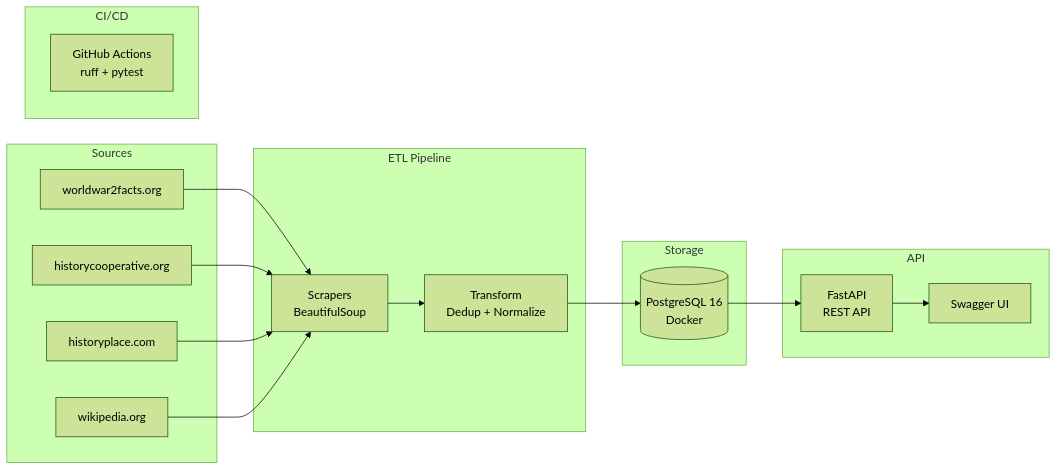
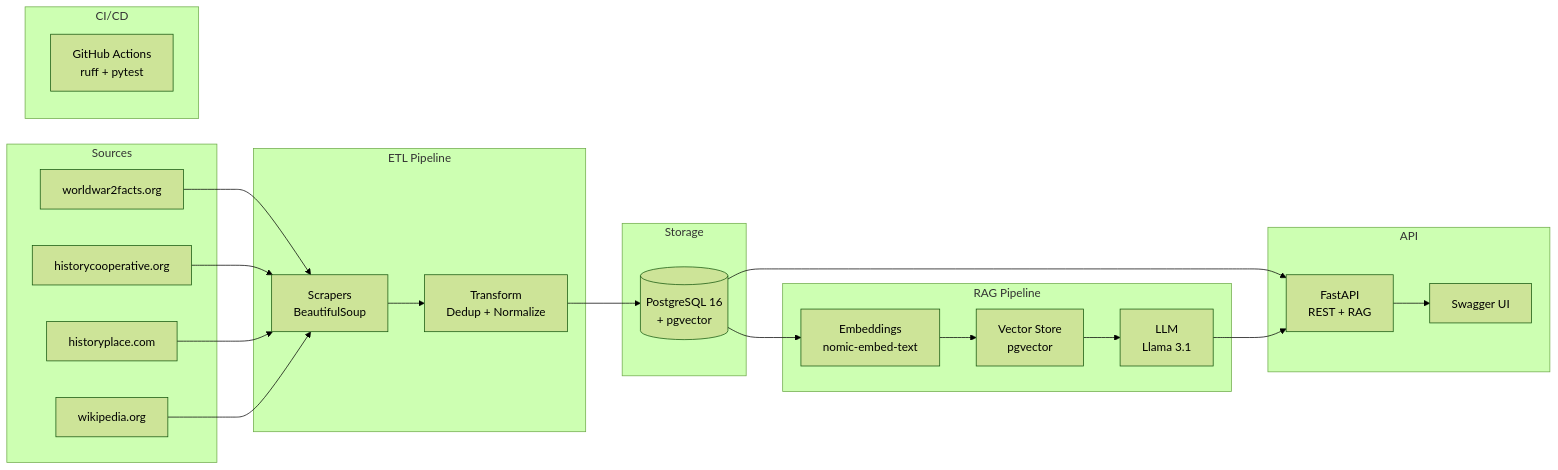
Before and after one commit to jucmunozar/WW2-ETL: the diagram in README.md, drawn with Mermaid (forest theme). The commit also changed other lines of this file and 15 other files, not shown here.

First line of the commit message:
Add RAG pipeline: semantic search and AI-powered Q&A over WW2 events

````diff
--- a/README.md
+++ b/README.md
@@ -11,34 +11,43 @@
 ```mermaid
 graph LR
     subgraph Sources
         W[worldwar2facts.org]
         H[historycooperative.org]
         HP[historyplace.com]
         WK[wikipedia.org]
     end
 
     subgraph ETL Pipeline
         S[Scrapers<br/>BeautifulSoup]
         T[Transform<br/>Dedup + Normalize]
     end
 
     subgraph Storage
-        PG[(PostgreSQL 16<br/>Docker)]
+        PG[(PostgreSQL 16<br/>+ pgvector)]
+    end
+
+    subgraph RAG Pipeline
+        EMB[Embeddings<br/>nomic-embed-text]
+        VS[Vector Store<br/>pgvector]
+        LLM[LLM<br/>Llama 3.1]
     end
 
     subgraph API
-        FA[FastAPI<br/>REST API]
+        FA[FastAPI<br/>REST + RAG]
         SW[Swagger UI]
     end
 
     subgraph CI/CD
         GA[GitHub Actions<br/>ruff + pytest]
     end
 
     W --> S
     H --> S
     HP --> S
     WK --> S
     S --> T --> PG
+    PG --> EMB --> VS
+    VS --> LLM
     PG --> FA --> SW
+    LLM --> FA
 ```
````
